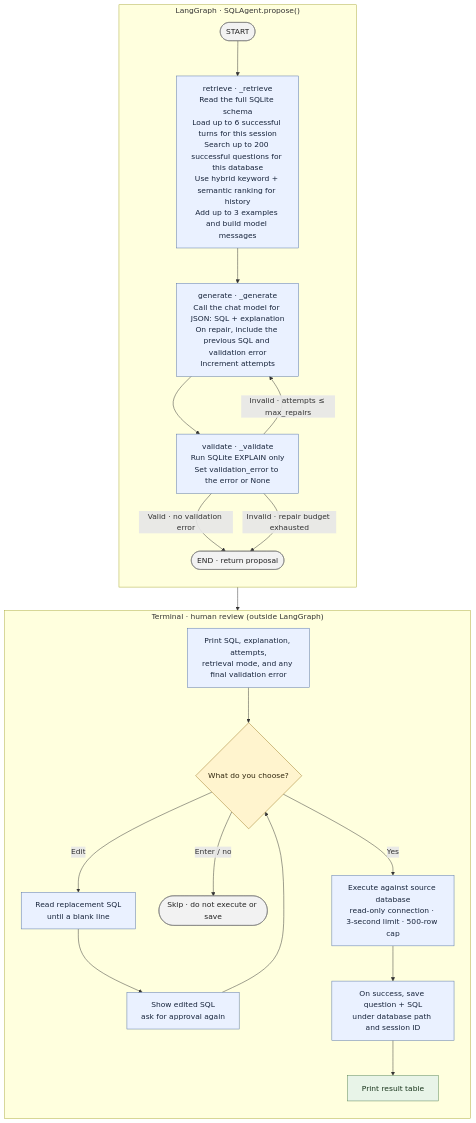
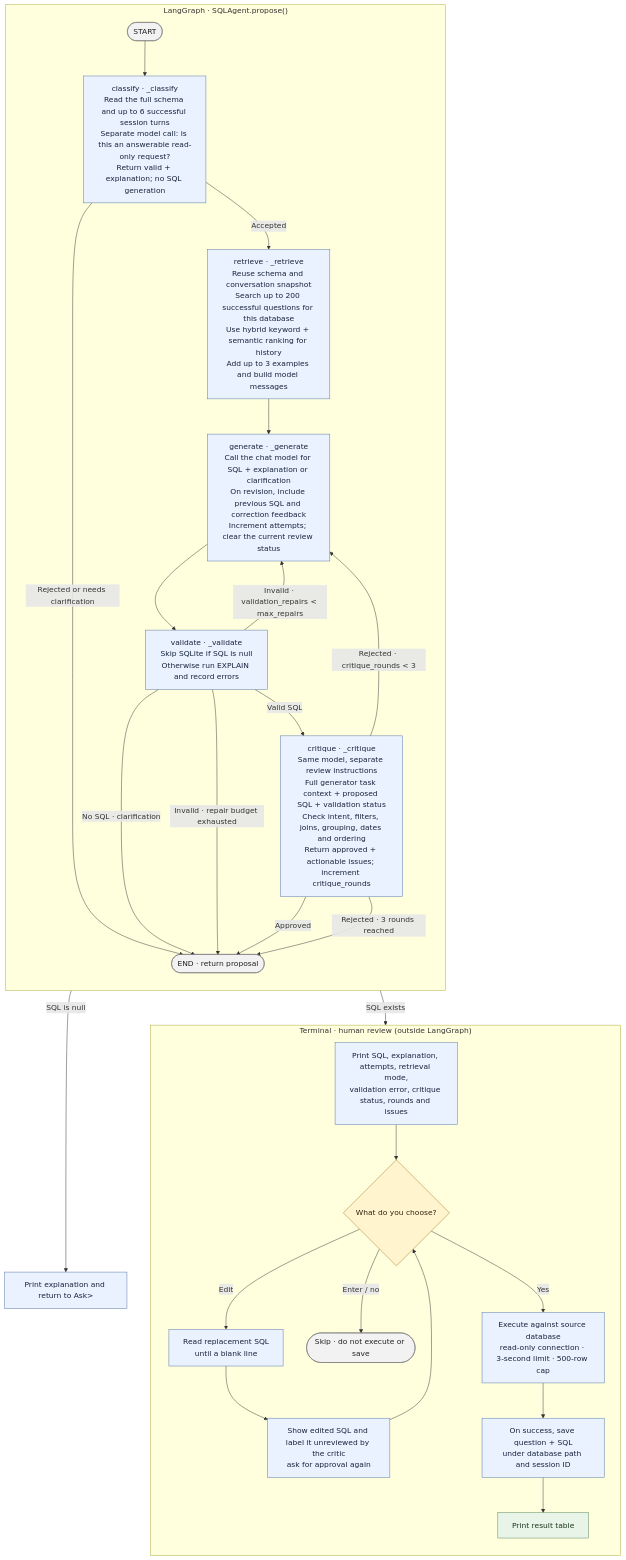
One commit to SrikarKorrapati/natural-language-to-sql changed the diagram in docs/sql-agent-flow.md. Above: the diagram before and after it, drawn with Mermaid. The commit also changed other lines of this file and 37 other files, not shown here.

Commit message:
Add input classification, SQL critique, and ten-model benchmark

````diff
--- a/docs/sql-agent-flow.md
+++ b/docs/sql-agent-flow.md
@@ -5,35 +5,42 @@
 ```mermaid
 flowchart TD
     subgraph LangGraph["LangGraph · SQLAgent.propose()"]
         direction TD
-        Start([START]) --> Retrieve["retrieve · _retrieve<br/>Read the full SQLite schema<br/>Load up to 6 successful turns for this session<br/>Search up to 200 successful questions for this database<br/>Use hybrid keyword + semantic ranking for history<br/>Add up to 3 examples and build model messages"]
-        Retrieve --> Generate["generate · _generate<br/>Call the chat model for JSON: SQL + explanation<br/>On repair, include the previous SQL and validation error<br/>Increment attempts"]
-        Generate --> Validate["validate · _validate<br/>Run SQLite EXPLAIN only<br/>Set validation_error to the error or None"]
-        Validate -->|Valid · no validation error| GraphEnd([END · return proposal])
-        Validate -->|Invalid · attempts ≤ max_repairs| Generate
+        Start([START]) --> Classify["classify · _classify<br/>Read the full schema and up to 6 successful session turns<br/>Separate model call: is this an answerable read-only request?<br/>Return valid + explanation; no SQL generation"]
+        Classify -->|Accepted| Retrieve["retrieve · _retrieve<br/>Reuse schema and conversation snapshot<br/>Search up to 200 successful questions for this database<br/>Use hybrid keyword + semantic ranking for history<br/>Add up to 3 examples and build model messages"]
+        Classify -->|Rejected or needs clarification| GraphEnd
+        Retrieve --> Generate["generate · _generate<br/>Call the chat model for SQL + explanation or clarification<br/>On revision, include previous SQL and correction feedback<br/>Increment attempts; clear the current review status"]
+        Generate --> Validate["validate · _validate<br/>Skip SQLite if SQL is null<br/>Otherwise run EXPLAIN and record errors"]
+        Validate -->|No SQL · clarification| GraphEnd([END · return proposal])
+        Validate -->|Invalid · validation_repairs < max_repairs| Generate
         Validate -->|Invalid · repair budget exhausted| GraphEnd
+        Validate -->|Valid SQL| Critique["critique · _critique<br/>Same model, separate review instructions<br/>Full generator task context + proposed SQL + validation status<br/>Check intent, filters, joins, grouping, dates and ordering<br/>Return approved + actionable issues; increment critique_rounds"]
+        Critique -->|Approved| GraphEnd
+        Critique -->|Rejected · critique_rounds < 3| Generate
+        Critique -->|Rejected · 3 rounds reached| GraphEnd
     end
 
     subgraph Review["Terminal · human review (outside LangGraph)"]
         direction TD
-        Show["Print SQL, explanation, attempts,<br/>retrieval mode, and any final validation error"] --> Choice{"What do you choose?"}
+        Show["Print SQL, explanation, attempts, retrieval mode,<br/>validation error, critique status, rounds and issues"] --> Choice{"What do you choose?"}
         Choice -->|Edit| Edit["Read replacement SQL<br/>until a blank line"]
-        Edit --> Recheck["Show edited SQL<br/>ask for approval again"]
+        Edit --> Recheck["Show edited SQL and label it unreviewed by the critic<br/>ask for approval again"]
         Recheck --> Choice
         Choice -->|Enter / no| Skip([Skip · do not execute or save])
         Choice -->|Yes| Execute["Execute against source database<br/>read-only connection · 3-second limit · 500-row cap"]
         Execute --> Save["On success, save question + SQL<br/>under database path and session ID"]
         Save --> Results["Print result table"]
     end
 
-    GraphEnd --> Show
+    GraphEnd -->|SQL exists| Show
+    GraphEnd -->|SQL is null| Reply["Print explanation and return to Ask>"]
 
     classDef process fill:#eaf1ff,stroke:#5472a5,color:#17243b
     classDef decision fill:#fff4ce,stroke:#9a771e,color:#30260e
     classDef success fill:#e8f4e8,stroke:#538255,color:#19351c
     classDef stop fill:#f2f2f2,stroke:#777,color:#222
-    class Retrieve,Generate,Validate,Show,Edit,Recheck,Execute,Save process
+    class Classify,Retrieve,Generate,Validate,Critique,Show,Edit,Recheck,Execute,Save,Reply process
     class Choice decision
     class Results success
     class Start,GraphEnd,Skip stop
 ```
````
